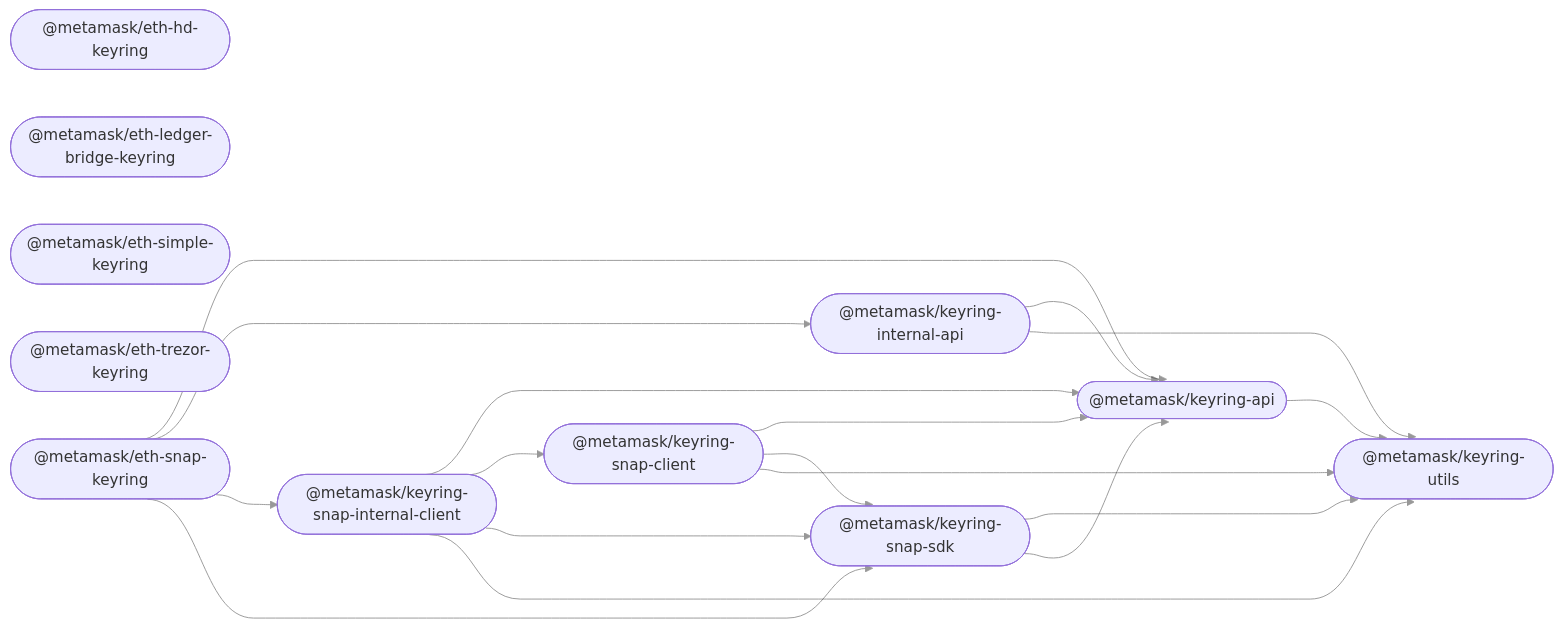
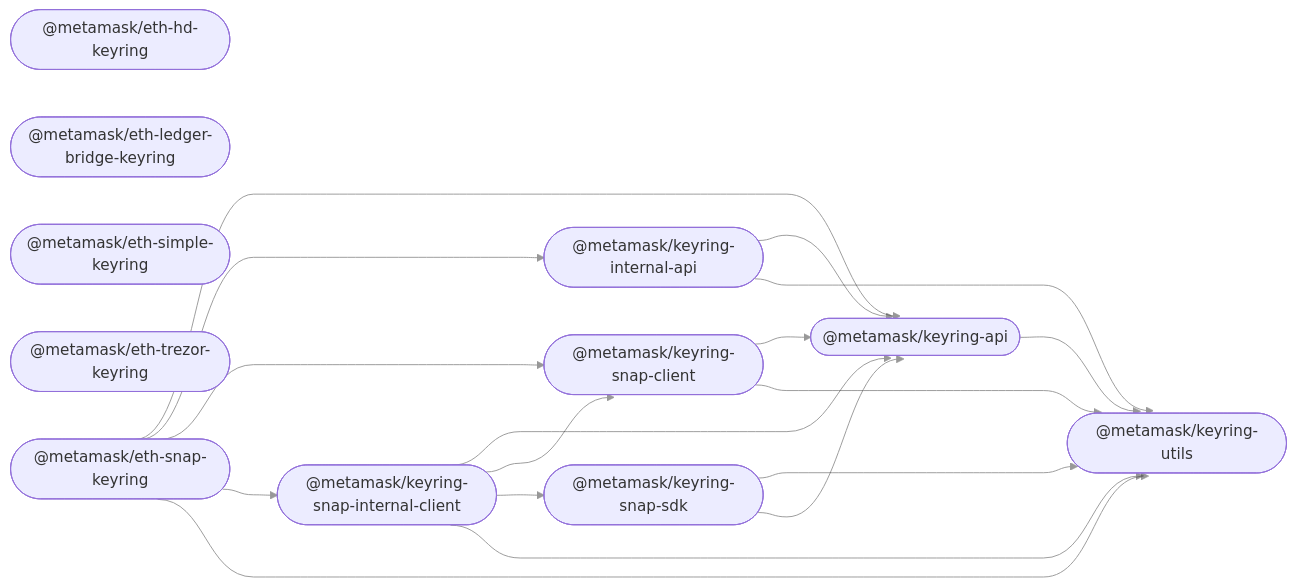
Before and after one commit to MetaMask/accounts: the diagram in README.md, drawn with Mermaid.

````diff
--- a/README.md
+++ b/README.md
@@ -33,32 +33,32 @@
 ```mermaid
 %%{ init: { 'flowchart': { 'curve': 'bumpX' } } }%%
 graph LR;
 linkStyle default opacity:0.5
   keyring_api(["@metamask/keyring-api"]);
   eth_hd_keyring(["@metamask/eth-hd-keyring"]);
   eth_ledger_bridge_keyring(["@metamask/eth-ledger-bridge-keyring"]);
   eth_simple_keyring(["@metamask/eth-simple-keyring"]);
   eth_trezor_keyring(["@metamask/eth-trezor-keyring"]);
   keyring_internal_api(["@metamask/keyring-internal-api"]);
   eth_snap_keyring(["@metamask/eth-snap-keyring"]);
   keyring_snap_client(["@metamask/keyring-snap-client"]);
   keyring_snap_internal_client(["@metamask/keyring-snap-internal-client"]);
   keyring_snap_sdk(["@metamask/keyring-snap-sdk"]);
   keyring_utils(["@metamask/keyring-utils"]);
   keyring_api --> keyring_utils;
   keyring_internal_api --> keyring_api;
   keyring_internal_api --> keyring_utils;
   eth_snap_keyring --> keyring_api;
   eth_snap_keyring --> keyring_internal_api;
+  eth_snap_keyring --> keyring_snap_client;
   eth_snap_keyring --> keyring_snap_internal_client;
-  eth_snap_keyring --> keyring_snap_sdk;
+  eth_snap_keyring --> keyring_utils;
   keyring_snap_client --> keyring_api;
-  keyring_snap_client --> keyring_snap_sdk;
   keyring_snap_client --> keyring_utils;
   keyring_snap_internal_client --> keyring_api;
   keyring_snap_internal_client --> keyring_snap_client;
   keyring_snap_internal_client --> keyring_snap_sdk;
   keyring_snap_internal_client --> keyring_utils;
   keyring_snap_sdk --> keyring_utils;
   keyring_snap_sdk --> keyring_api;
 ```
````
